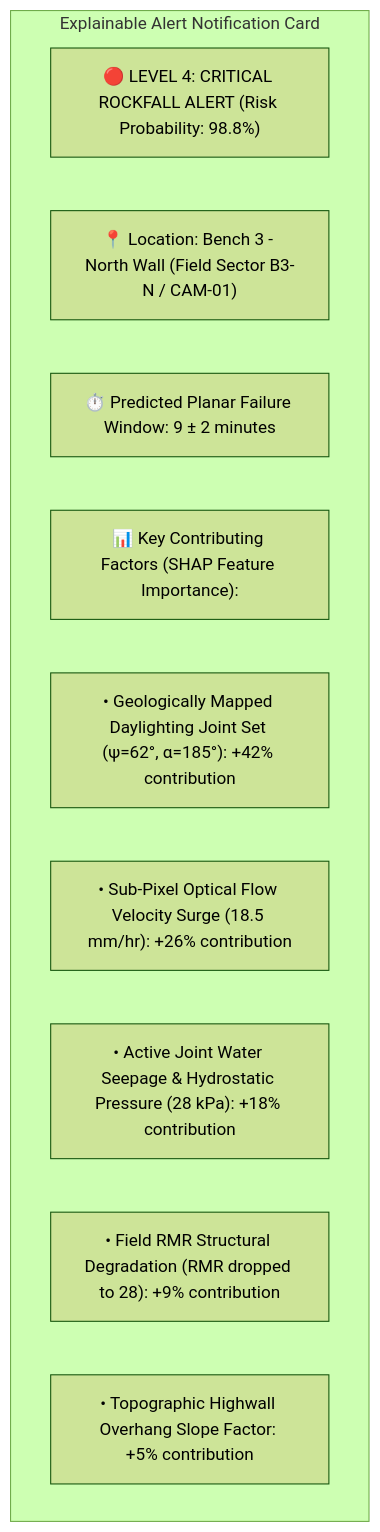
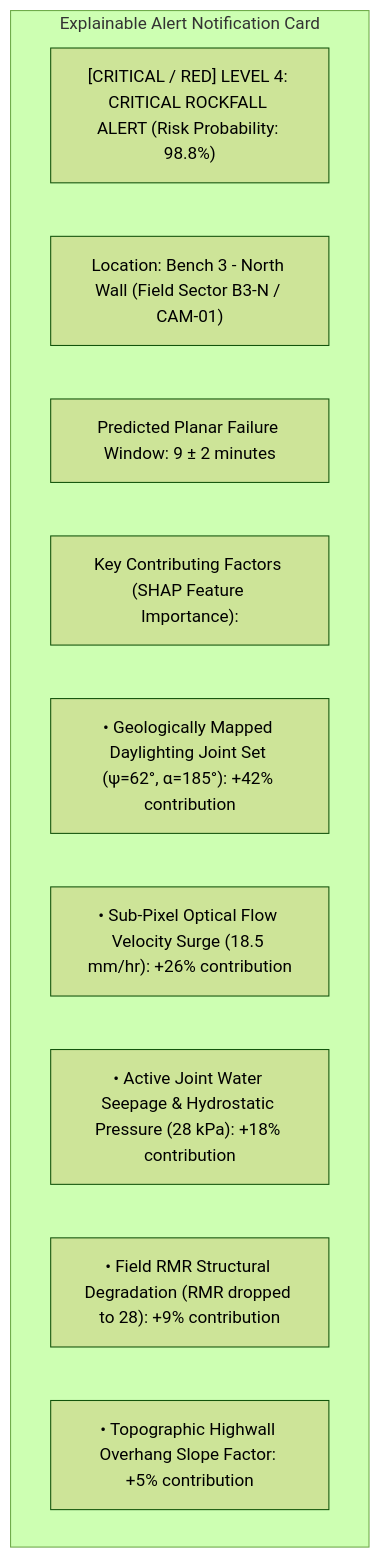
Before and after one commit to angelverman2021-a11y/Report: the fifth of 7 diagrams in docs/21_Manual_Geological_Inspection.md, drawn with Mermaid (forest theme). The commit also changed other lines of this file and 32 other files, not shown here.

````diff
--- a/docs/21_Manual_Geological_Inspection.md
+++ b/docs/21_Manual_Geological_Inspection.md
@@ -281,14 +281,14 @@
 ```mermaid
 graph TD
-    subgraph Explainable Alert Notification Card
-        A["🔴 LEVEL 4: CRITICAL ROCKFALL ALERT (Risk Probability: 98.8%)"]
-        B["📍 Location: Bench 3 - North Wall (Field Sector B3-N / CAM-01)"]
-        C["⏱️ Predicted Planar Failure Window: 9 ± 2 minutes"]
-        D["📊 Key Contributing Factors (SHAP Feature Importance):"]
-        D1["• Geologically Mapped Daylighting Joint Set (ψ=62°, α=185°): +42% contribution"]
-        D2["• Sub-Pixel Optical Flow Velocity Surge (18.5 mm/hr): +26% contribution"]
-        D3["• Active Joint Water Seepage & Hydrostatic Pressure (28 kPa): +18% contribution"]
-        D4["• Field RMR Structural Degradation (RMR dropped to 28): +9% contribution"]
-        D5["• Topographic Highwall Overhang Slope Factor: +5% contribution"]
-    end
+ subgraph Explainable Alert Notification Card
+ A["[CRITICAL / RED] LEVEL 4: CRITICAL ROCKFALL ALERT (Risk Probability: 98.8%)"]
+ B[" Location: Bench 3 - North Wall (Field Sector B3-N / CAM-01)"]
+ C[" Predicted Planar Failure Window: 9 ± 2 minutes"]
+ D[" Key Contributing Factors (SHAP Feature Importance):"]
+ D1["• Geologically Mapped Daylighting Joint Set (ψ=62°, α=185°): +42% contribution"]
+ D2["• Sub-Pixel Optical Flow Velocity Surge (18.5 mm/hr): +26% contribution"]
+ D3["• Active Joint Water Seepage & Hydrostatic Pressure (28 kPa): +18% contribution"]
+ D4["• Field RMR Structural Degradation (RMR dropped to 28): +9% contribution"]
+ D5["• Topographic Highwall Overhang Slope Factor: +5% contribution"]
+ end
 ```
````
